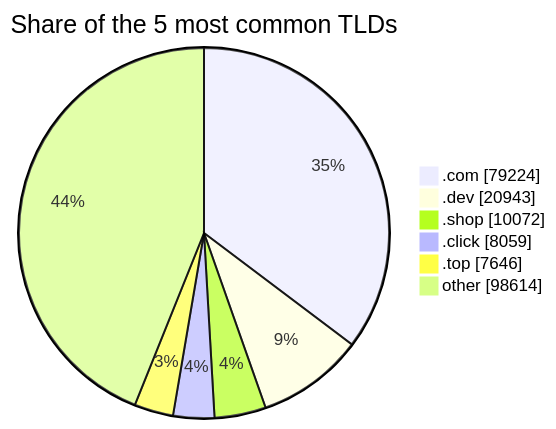
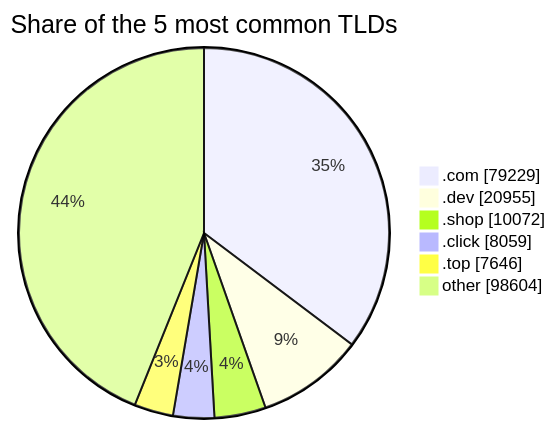
One commit to DNSBunker/CTI changed the third of 3 diagrams in README.md. Above: the diagram before and after it, drawn with Mermaid. The commit also changed other lines of this file and 3 other files, not shown here.

````diff
--- a/README.md
+++ b/README.md
@@ -81,9 +81,9 @@
 ```mermaid
 pie showData title Share of the 5 most common TLDs
-    ".com" : 79224
-    ".dev" : 20943
+    ".com" : 79229
+    ".dev" : 20955
     ".shop" : 10072
     ".click" : 8059
     ".top" : 7646
-    "other" : 98614
+    "other" : 98604
 ```
````
